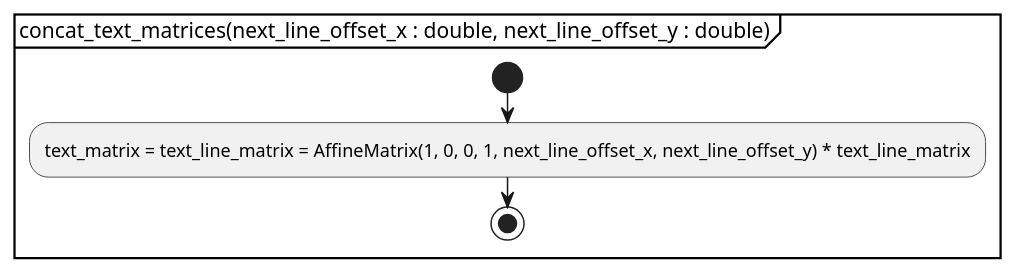
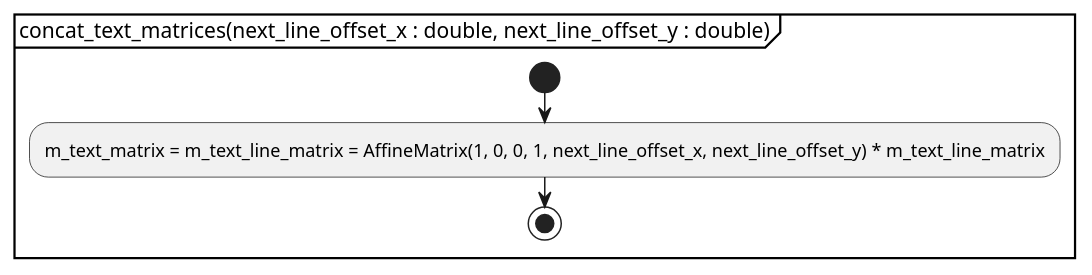
Before and after one commit to KodaiYM/PDFReader: the third of 6 diagrams in document/document_reader/page_tree_parser/page_parser/contents_parser/pdfcontents_builder/pdfcontents_builder.activity.pu, drawn with PlantUML. The commit also changed other lines of this file and 24 other files, not shown here.

```diff
--- a/document/document_reader/page_tree_parser/page_parser/contents_parser/pdfcontents_builder/pdfcontents_builder.activity.pu
+++ b/document/document_reader/page_tree_parser/page_parser/contents_parser/pdfcontents_builder/pdfcontents_builder.activity.pu
@@ -17,7 +17,7 @@
 @startuml concat_text_matrices
 partition "concat_text_matrices(next_line_offset_x : double, next_line_offset_y : double)" {
 start
-	:text_matrix = text_line_matrix = AffineMatrix(1, 0, 0, 1, next_line_offset_x, next_line_offset_y) * text_line_matrix;
+	:m_text_matrix = m_text_line_matrix = AffineMatrix(1, 0, 0, 1, next_line_offset_x, next_line_offset_y) * m_text_line_matrix;
 stop
 }
 @enduml
```
